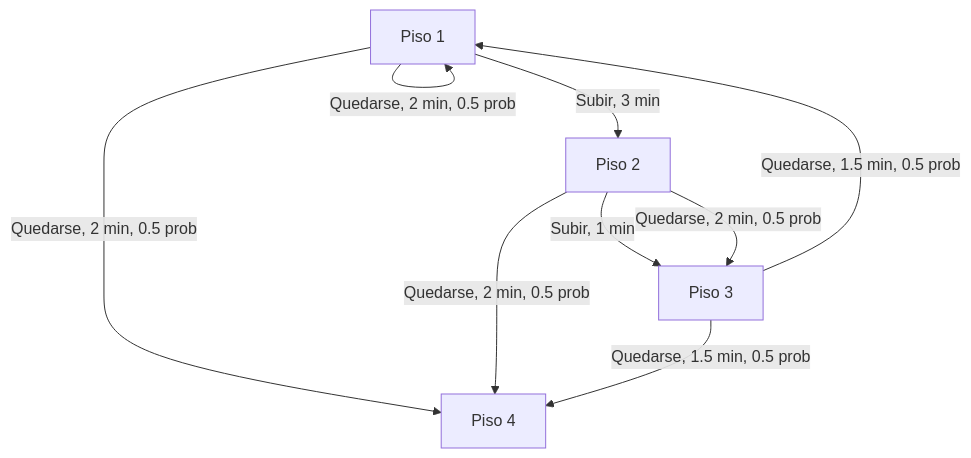
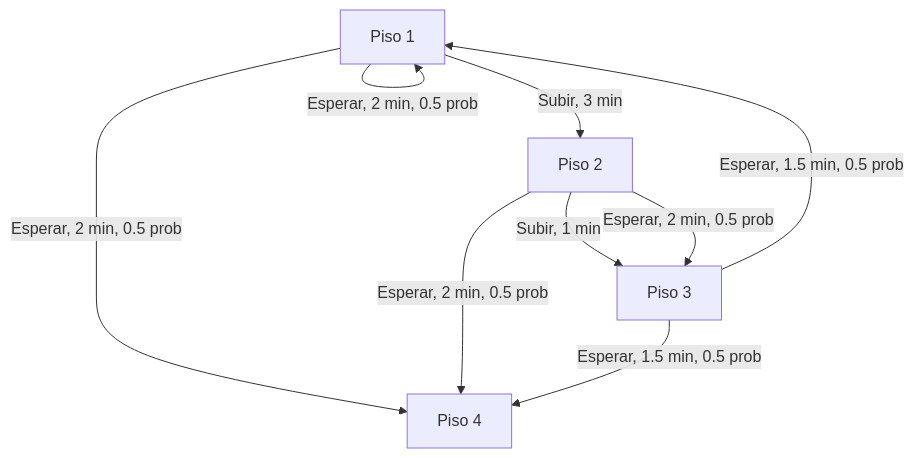
One commit to BRJoaquin/ia-obsidian changed the diagram in Agentes inteligentes/Practico/MDP y Programación dinámica/Escaleras mágicas.md. Above: the diagram before and after it, drawn with Mermaid.

Commit message:
vault backup: 2023-04-09 19:15:48

````diff
--- a/Agentes inteligentes/Practico/MDP y Programación dinámica/Escaleras mágicas.md
+++ b/Agentes inteligentes/Practico/MDP y Programación dinámica/Escaleras mágicas.md
@@ -4,11 +4,11 @@
 ```mermaid
 graph TD
     A[Piso 1] -->|Subir, 3 min| B[Piso 2]
-    A -->|Quedarse, 2 min, 0.5 prob| A
-    A -->|Quedarse, 2 min, 0.5 prob| D[Piso 4]
+    A -->|Esperar, 2 min, 0.5 prob| A
+    A -->|Esperar, 2 min, 0.5 prob| D[Piso 4]
     B -->|Subir, 1 min| C[Piso 3]
-    B -->|Quedarse, 2 min, 0.5 prob| C
-    B -->|Quedarse, 2 min, 0.5 prob| D
-    C -->|Quedarse, 1.5 min, 0.5 prob| A
-    C -->|Quedarse, 1.5 min, 0.5 prob| D
+    B -->|Esperar, 2 min, 0.5 prob| C
+    B -->|Esperar, 2 min, 0.5 prob| D
+    C -->|Esperar, 1.5 min, 0.5 prob| A
+    C -->|Esperar, 1.5 min, 0.5 prob| D
 ```
````
